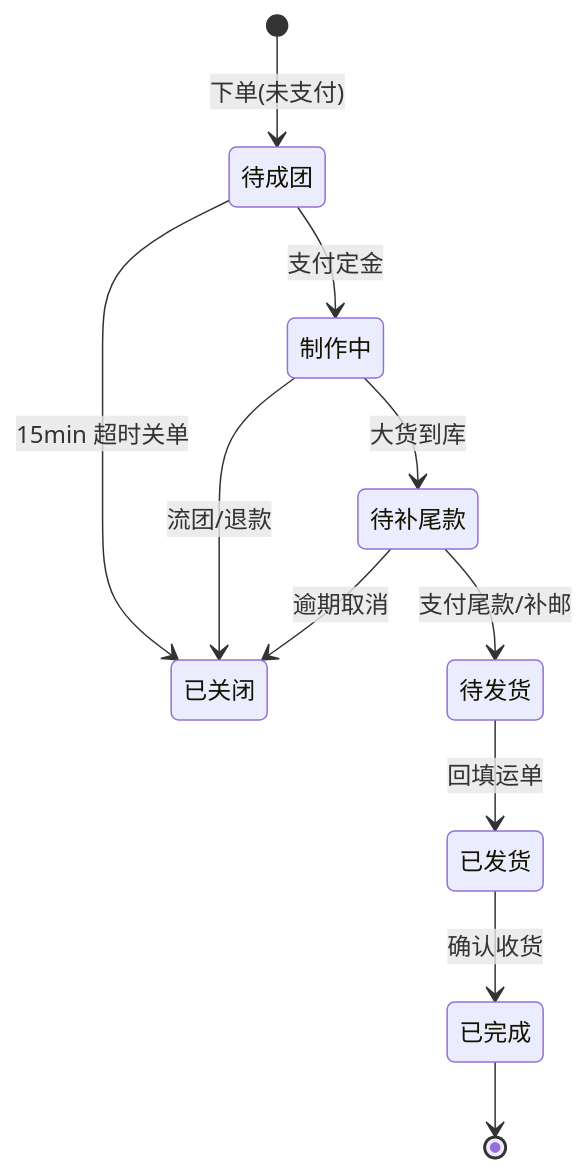
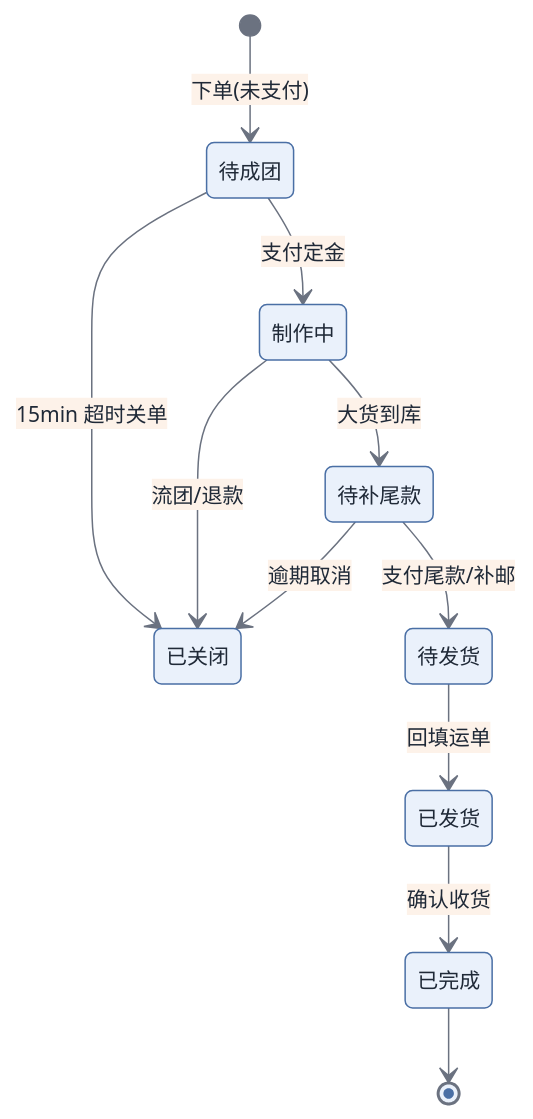
The third of 3 diagrams in README.md (ciiiallo/code), drawn with Mermaid before and after one commit. The commit also changed other lines of this file, not shown here.

````diff
--- a/README.md
+++ b/README.md
@@ -338,13 +409,14 @@
 ```mermaid
+%%{init: {'theme':'base', 'themeVariables': {'primaryColor':'#EAF1FB','primaryTextColor':'#1F2937','primaryBorderColor':'#4A6FA5','lineColor':'#6B7280','secondaryColor':'#FDF2E9','tertiaryColor':'#F4F6F8','fontFamily':'PingFang SC, Microsoft YaHei, Helvetica','fontSize':'14px'}}}%%
 stateDiagram-v2
     [*] --> 待成团: 下单(未支付)
     待成团 --> 制作中: 支付定金
     待成团 --> 已关闭: 15min 超时关单
     制作中 --> 待补尾款: 大货到库
     待补尾款 --> 待发货: 支付尾款/补邮
     待发货 --> 已发货: 回填运单
     已发货 --> 已完成: 确认收货
     制作中 --> 已关闭: 流团/退款
     待补尾款 --> 已关闭: 逾期取消
     已完成 --> [*]
 ```
````
